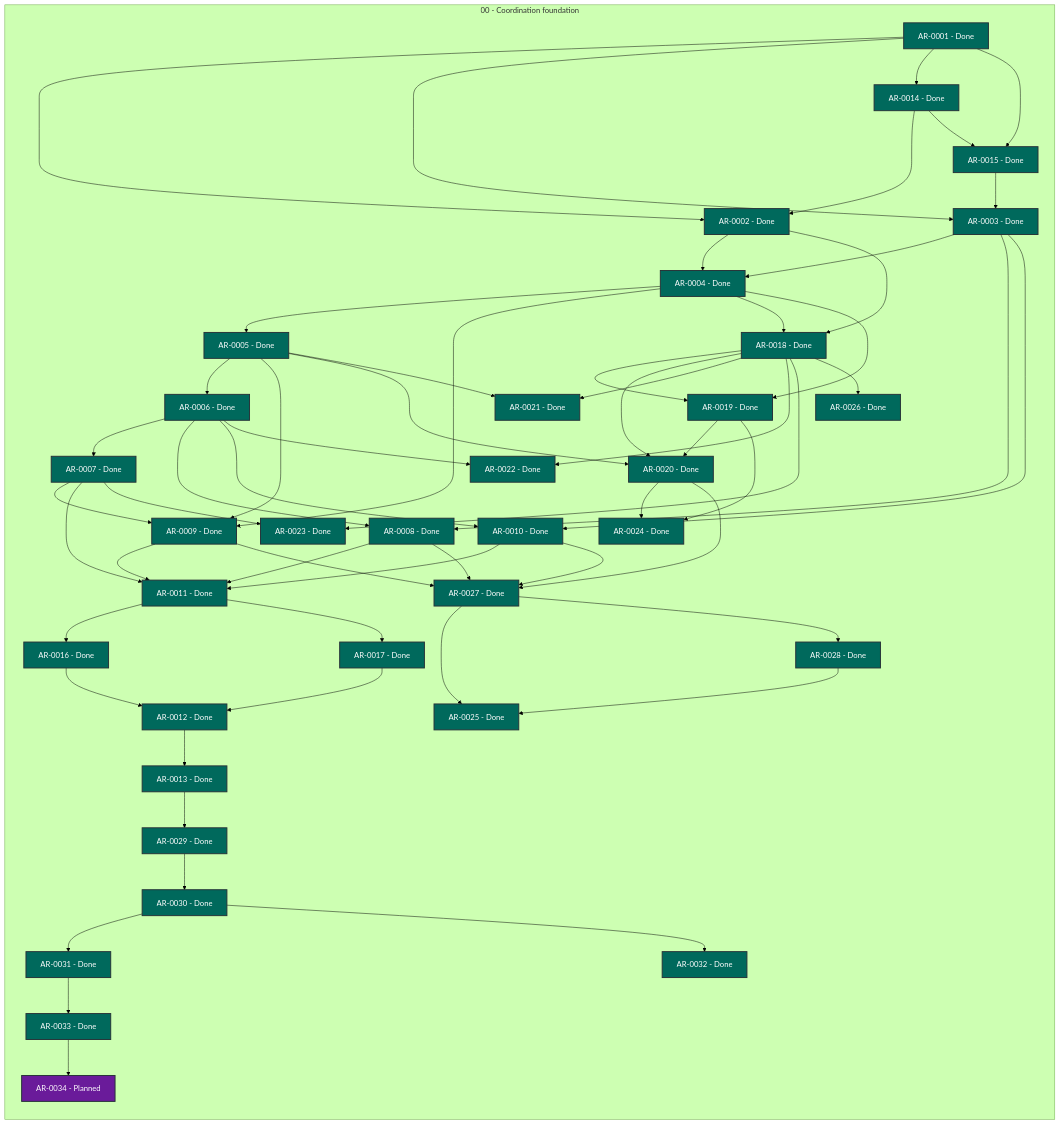
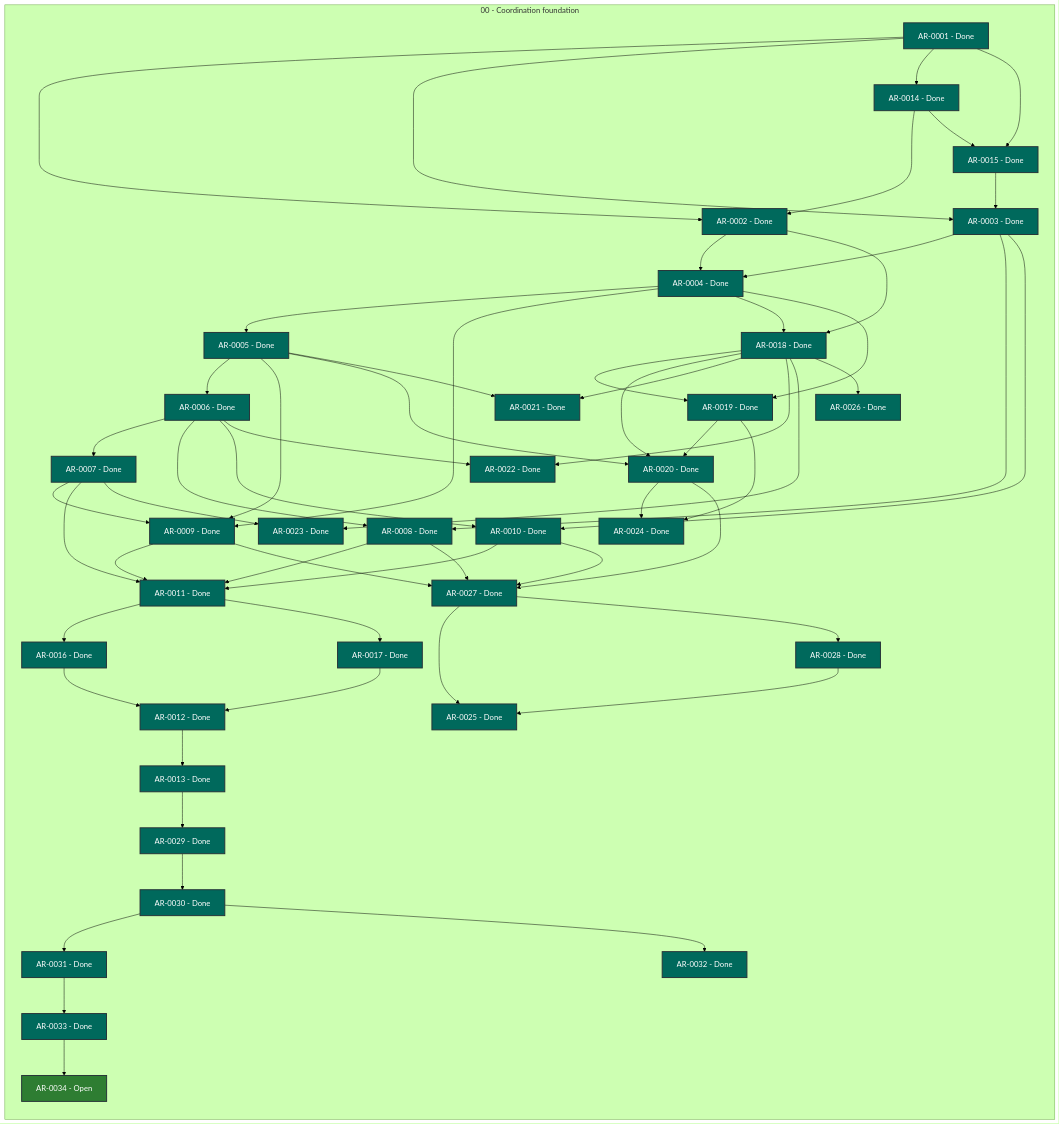
One commit to martin-beck/agent-workflow-tui-state changed the diagram in STATUS.md. Above: the diagram before and after it, drawn with Mermaid (forest theme). The commit also changed other lines of this file and 2 other files, not shown here.

```diff
--- a/STATUS.md
+++ b/STATUS.md
@@ -61,7 +61,7 @@
         AR_0031["AR-0031 - Done"]:::status_done
         AR_0032["AR-0032 - Done"]:::status_done
         AR_0033["AR-0033 - Done"]:::status_done
-        AR_0034["AR-0034 - Planned"]:::status_planned
+        AR_0034["AR-0034 - Open"]:::status_open
     end
     AR_0001 --> AR_0002
     AR_0001 --> AR_0003
```
